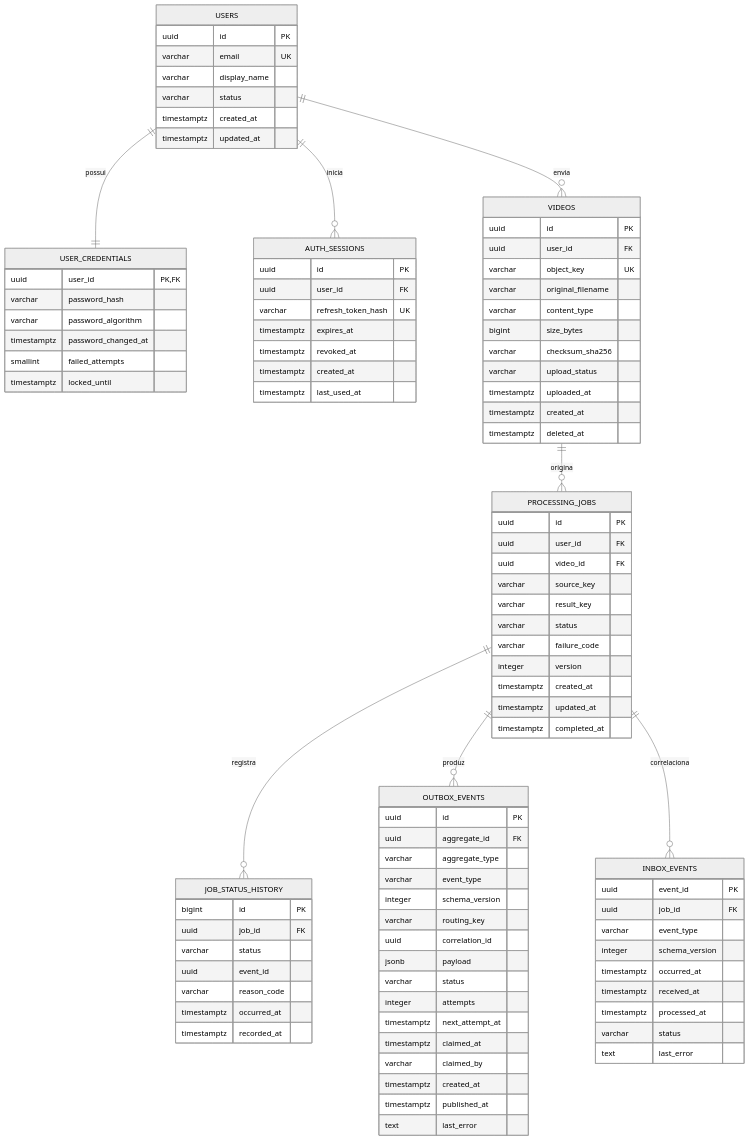
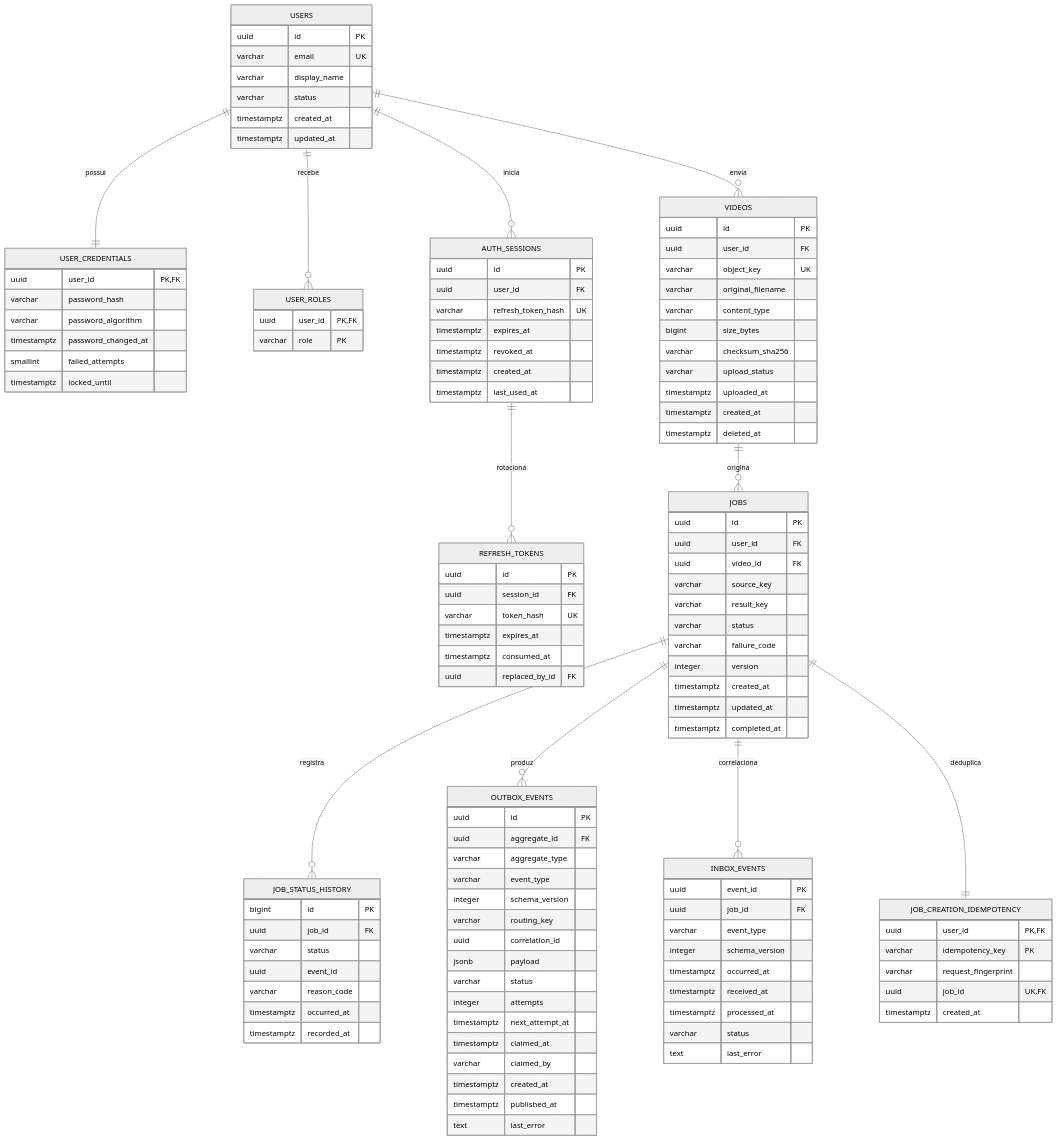
One commit to fiap-postech-team/fiapx-video-platform changed the diagram in docs/architecture/video-api-database.md. Above: the diagram before and after it, drawn with Mermaid (neutral theme). The commit also changed other lines of this file and 74 other files, not shown here.

````diff
--- a/docs/architecture/video-api-database.md
+++ b/docs/architecture/video-api-database.md
@@ -16,12 +16,15 @@
 ```mermaid
 erDiagram
     USERS ||--|| USER_CREDENTIALS : possui
+    USERS ||--o{ USER_ROLES : recebe
     USERS ||--o{ AUTH_SESSIONS : inicia
+    AUTH_SESSIONS ||--o{ REFRESH_TOKENS : rotaciona
     USERS ||--o{ VIDEOS : envia
-    VIDEOS ||--o{ PROCESSING_JOBS : origina
-    PROCESSING_JOBS ||--o{ JOB_STATUS_HISTORY : registra
-    PROCESSING_JOBS ||--o{ OUTBOX_EVENTS : produz
-    PROCESSING_JOBS ||--o{ INBOX_EVENTS : correlaciona
+    VIDEOS ||--o{ JOBS : origina
+    JOBS ||--o{ JOB_STATUS_HISTORY : registra
+    JOBS ||--o{ OUTBOX_EVENTS : produz
+    JOBS ||--o{ INBOX_EVENTS : correlaciona
+    JOBS ||--|| JOB_CREATION_IDEMPOTENCY : deduplica
 
     USERS {
         uuid id PK
@@ -41,6 +44,11 @@
         timestamptz locked_until
     }
 
+    USER_ROLES {
+        uuid user_id PK,FK
+        varchar role PK
+    }
+
     AUTH_SESSIONS {
         uuid id PK
         uuid user_id FK
@@ -49,6 +57,15 @@
         timestamptz revoked_at
         timestamptz created_at
         timestamptz last_used_at
+    }
+
+    REFRESH_TOKENS {
+        uuid id PK
+        uuid session_id FK
+        varchar token_hash UK
+        timestamptz expires_at
+        timestamptz consumed_at
+        uuid replaced_by_id FK
     }
 
     VIDEOS {
@@ -65,7 +82,7 @@
         timestamptz deleted_at
     }
 
-    PROCESSING_JOBS {
+    JOBS {
         uuid id PK
         uuid user_id FK
         uuid video_id FK
@@ -119,4 +136,12 @@
         varchar status
         text last_error
     }
+
+    JOB_CREATION_IDEMPOTENCY {
+        uuid user_id PK,FK
+        varchar idempotency_key PK
+        varchar request_fingerprint
+        uuid job_id UK,FK
+        timestamptz created_at
+    }
 ```
````
